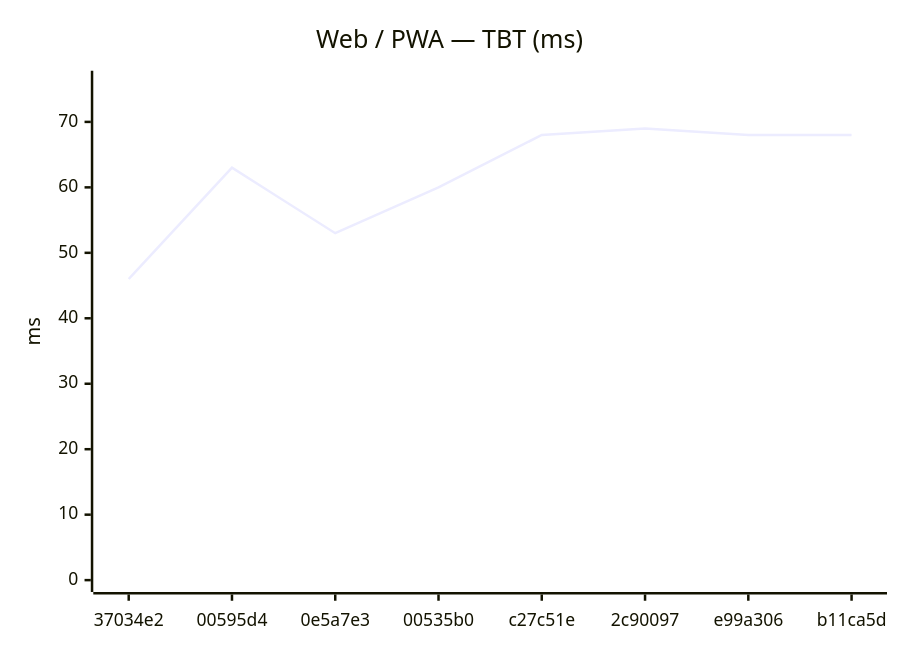
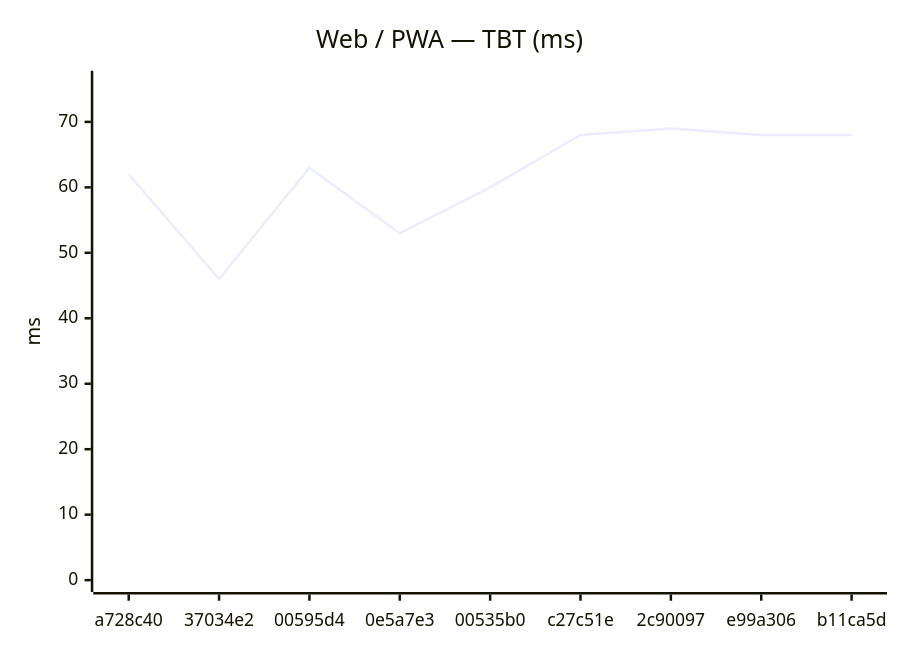
One commit to Metaheurist/Rianell changed the second of 24 diagrams in benchmarks/compare.md. Above: the diagram before and after it, drawn with Mermaid. The commit also changed other lines of this file and 12 other files, not shown here.

````diff
--- a/benchmarks/compare.md
+++ b/benchmarks/compare.md
@@ -29,7 +30,7 @@
 ```mermaid
 xychart-beta
     title "Web / PWA — TBT (ms)"
-    x-axis ["37034e2", "00595d4", "0e5a7e3", "00535b0", "c27c51e", "2c90097", "e99a306", "b11ca5d"]
+    x-axis ["a728c40", "37034e2", "00595d4", "0e5a7e3", "00535b0", "c27c51e", "2c90097", "e99a306", "b11ca5d"]
     y-axis "ms" 0 --> 76
-    line [46, 63, 53, 60, 68, 69, 68, 68]
+    line [62, 46, 63, 53, 60, 68, 69, 68, 68]
 ```
````
